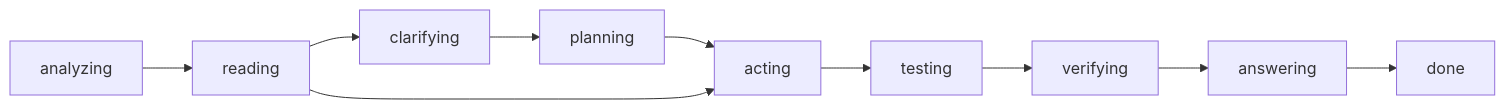
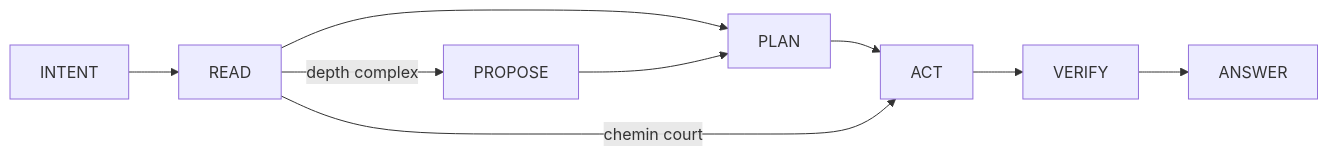
One commit to DroxKiwi/Drox---IDE changed the sixth of 7 diagrams in README.md. Above: the diagram before and after it, drawn with Mermaid. The commit also changed other lines of this file and 32 other files, not shown here.

````diff
--- a/README.md
+++ b/README.md
@@ -314,12 +205,11 @@
 ```mermaid
 flowchart LR
-  A[analyzing] --> R[reading]
-  R --> C[clarifying]
-  C --> P[planning]
-  P --> X[acting]
-  R --> X
-  X --> T[testing]
-  T --> V[verifying]
-  V --> AN[answering]
-  AN --> D[done]
+  I[INTENT] --> R[READ]
+  R -->|depth complex| P[PROPOSE]
+  R --> PL[PLAN]
+  P --> PL
+  PL --> A[ACT]
+  R -->|chemin court| A
+  A --> V[VERIFY]
+  V --> AN[ANSWER]
 ```
````
